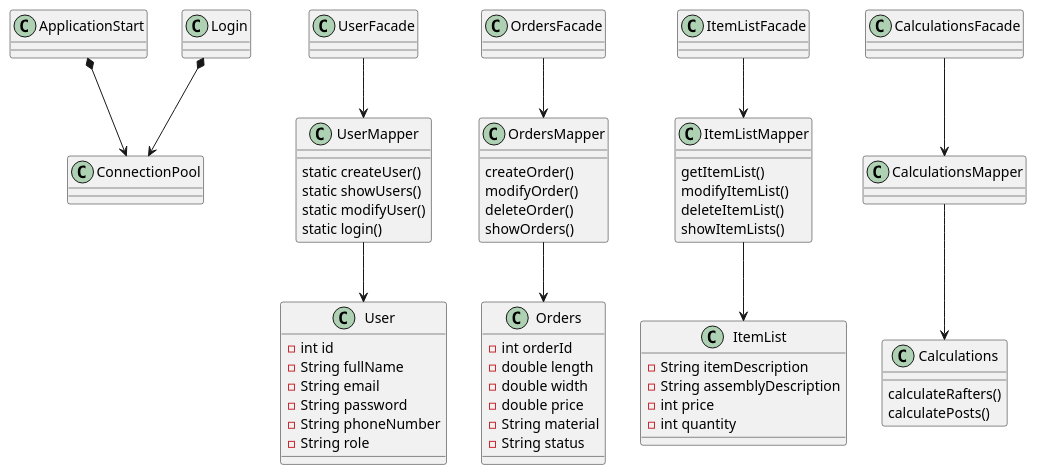
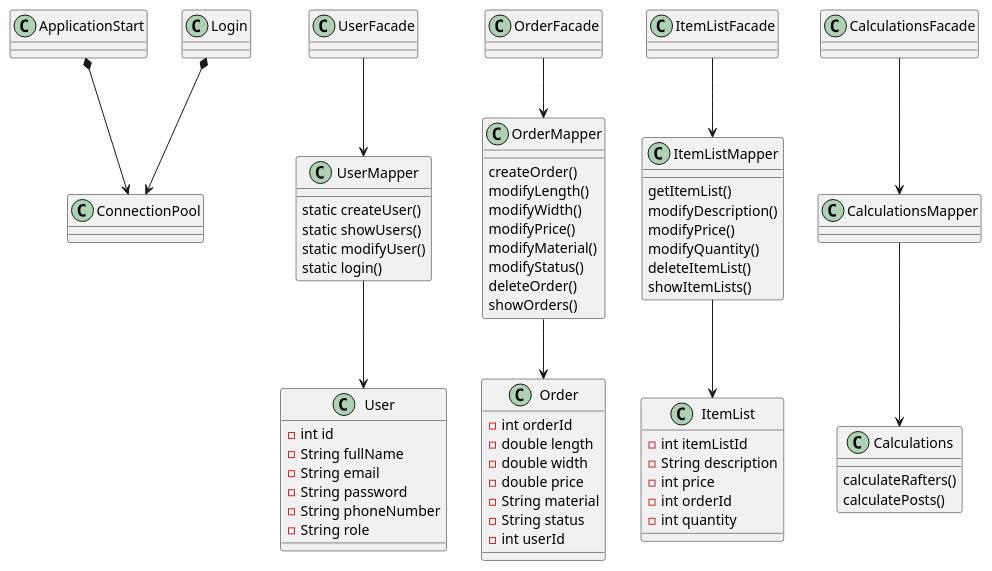
One commit to Salar86/ProjectFog changed the diagram in documentation/ClassDiagram.puml. Above: the diagram before and after it, drawn with PlantUML. The commit also changed 1 other file, not shown here.

Commit message:
Class Diagram updated in ItemList & OrderMapper

```diff
--- a/documentation/ClassDiagram.puml
+++ b/documentation/ClassDiagram.puml
@@ -1,85 +1,94 @@
 @startuml
 'https://plantuml.com/class-diagram
 class ApplicationStart
 class ConnectionPool
 class Login
 
 ApplicationStart *--> ConnectionPool
 Login *--> ConnectionPool
 
 class User
 {
     -int id
     -String fullName
     -String email
     -String password
     -String phoneNumber
     -String role
 }
 class UserMapper
 {
     static createUser()
     static showUsers()
     static modifyUser()
     static login()
 }
 class UserFacade
 
-class Orders
+
+class Order
 {
     -int orderId
     -double length
     -double width
     -double price
     -String material
     -String status
+    -int userId
 }
-class OrdersMapper
+class OrderMapper
 {
     createOrder()
-    modifyOrder()
+    modifyLength()
+    modifyWidth()
+    modifyPrice()
+    modifyMaterial()
+    modifyStatus()
     deleteOrder()
     showOrders()
 }
-class OrdersFacade
+class OrderFacade
 
 class ItemList
 {
-    -String itemDescription
-    -String assemblyDescription
+    -int itemListId
+    -String description
     -int price
+    -int orderId
     -int quantity
 
 }
 class ItemListMapper
 {
     getItemList()
-    modifyItemList()
+    modifyDescription()
+    modifyPrice()
+    modifyQuantity()
     deleteItemList()
     showItemLists()
 }
 class ItemListFacade
 
 class Calculations
 {
     calculateRafters()
     calculatePosts()
 
 
 }
 class CalculationsMapper
 class CalculationsFacade
 
 UserFacade --> UserMapper
 UserMapper --> User
 
-OrdersFacade --> OrdersMapper
-OrdersMapper --> Orders
+OrderFacade --> OrderMapper
+OrderMapper --> Order
 
 ItemListFacade --> ItemListMapper
 ItemListMapper --> ItemList
 
 CalculationsFacade --> CalculationsMapper
 CalculationsMapper --> Calculations
 
 @enduml
```
